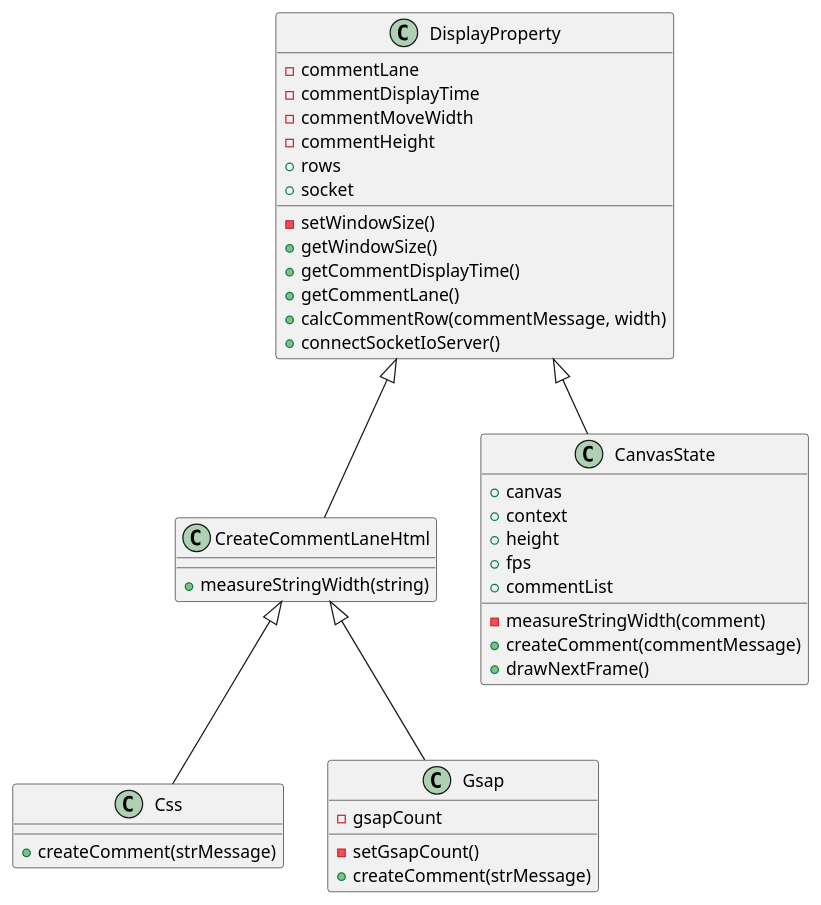
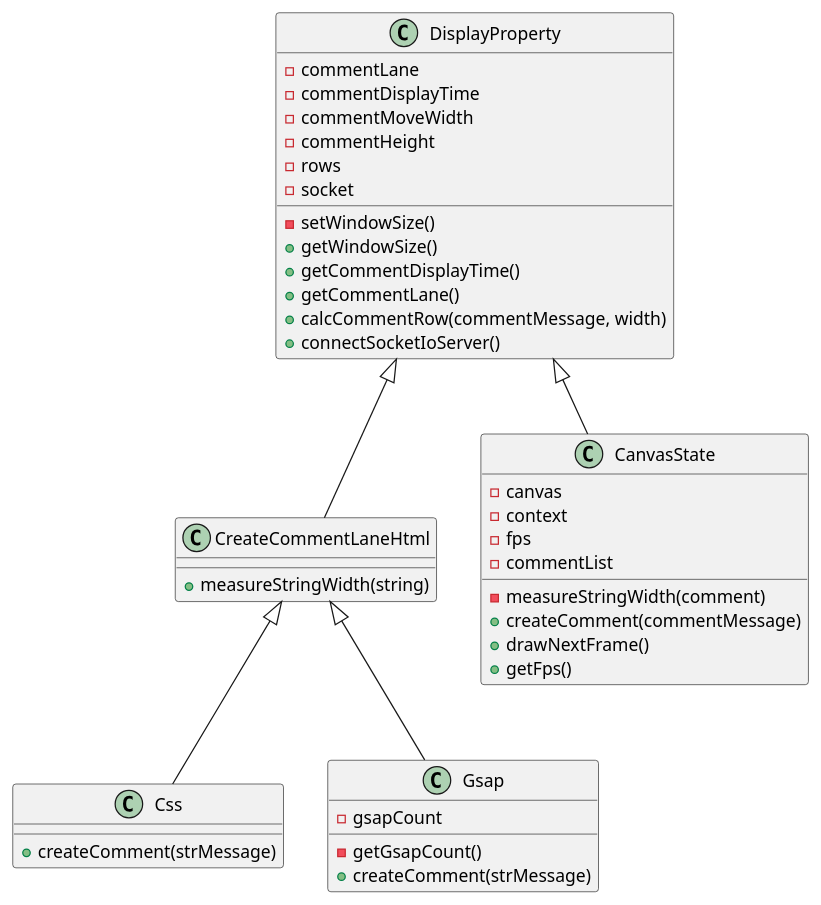
The diagram in ClassDiagram.pu (shigaresso/comment-flow-server), drawn with PlantUML before and after one commit. The commit also changed 4 other files, not shown here.

Commit message:
クラス図の作成と、クラス変数の private 化

```diff
--- a/ClassDiagram.pu
+++ b/ClassDiagram.pu
@@ -1,50 +1,50 @@
 @startuml
 
 class DisplayProperty {
     -commentLane
     -commentDisplayTime
     -commentMoveWidth
     -commentHeight
-    +rows
-    +socket
+    -rows
+    -socket
 
     -setWindowSize()
     +getWindowSize()
     +getCommentDisplayTime()
     +getCommentLane()
     +calcCommentRow(commentMessage, width)
     +connectSocketIoServer()
 }
 
 class CreateCommentLaneHtml {
     +measureStringWidth(string)
 }
 
 class Css {
     +createComment(strMessage)
 }
 
 class Gsap {
     -gsapCount
 
-    -setGsapCount()
+    -getGsapCount()
     +createComment(strMessage)
 }
 
 class CanvasState {
-    +canvas
-    +context
-    +height
-    +fps
-    +commentList
+    -canvas
+    -context
+    -fps
+    -commentList
 
     -measureStringWidth(comment)
     +createComment(commentMessage)
     +drawNextFrame()
+    +getFps()
 }
 
 DisplayProperty <|-- CreateCommentLaneHtml
 DisplayProperty <|-- CanvasState
 CreateCommentLaneHtml <|-- Css
 CreateCommentLaneHtml <|-- Gsap
 @enduml
```
